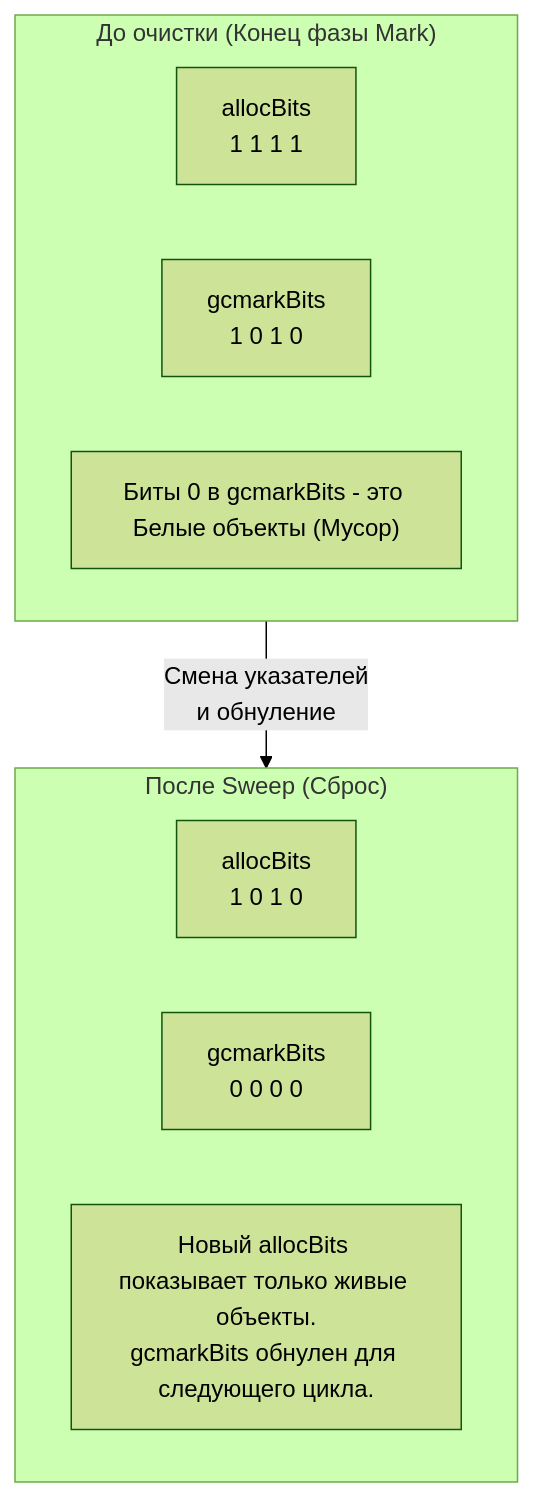
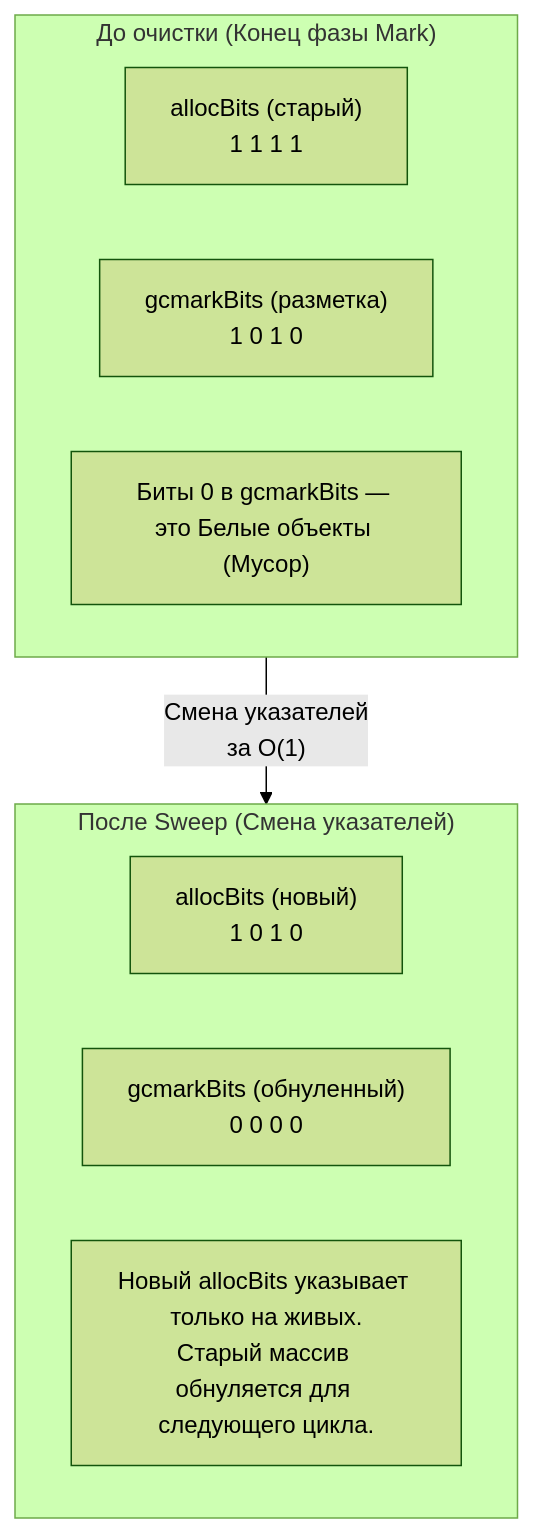
The second of 2 diagrams in sources/7. Глубокий Go (Внутреннее устройство)/25. Mark, Sweep и Tricolor GC.md (UnrealTemplier/go-textbook), drawn with Mermaid (forest theme) before and after one commit. The commit also changed other lines of this file, not shown here.

````diff
--- a/sources/7. Глубокий Go (Внутреннее устройство)/25. Mark, Sweep и Tricolor GC.md
+++ b/sources/7. Глубокий Go (Внутреннее устройство)/25. Mark, Sweep и Tricolor GC.md
@@ -80,16 +92,16 @@
 ```mermaid
 flowchart TD
     subgraph ДО_ОЧИСТКИ ["До очистки (Конец фазы Mark)"]
-        ALLOC_OLD["allocBits<br>1 1 1 1"]
-        MARK_OLD["gcmarkBits<br>1 0 1 0"]
-        NOTE1["Биты 0 в gcmarkBits - это Белые объекты (Мусор)"]
+        ALLOC_OLD["allocBits (старый)<br>1 1 1 1"]
+        MARK_OLD["gcmarkBits (разметка)<br>1 0 1 0"]
+        NOTE1["Биты 0 в gcmarkBits — это Белые объекты (Мусор)"]
     end
     
-    subgraph ПОСЛЕ_ОЧИСТКИ ["После Sweep (Сброс)"]
-        ALLOC_NEW["allocBits<br>1 0 1 0"]
-        MARK_NEW["gcmarkBits<br>0 0 0 0"]
-        NOTE2["Новый allocBits показывает только живые объекты.<br>gcmarkBits обнулен для следующего цикла."]
+    subgraph ПОСЛЕ_ОЧИСТКИ ["После Sweep (Смена указателей)"]
+        ALLOC_NEW["allocBits (новый)<br>1 0 1 0"]
+        MARK_NEW["gcmarkBits (обнуленный)<br>0 0 0 0"]
+        NOTE2["Новый allocBits указывает только на живых.<br>Старый массив обнуляется для следующего цикла."]
     end
     
-    ДО_ОЧИСТКИ -->|"Смена указателей<br>и обнуление"| ПОСЛЕ_ОЧИСТКИ
+    ДО_ОЧИСТКИ -->|"Смена указателей<br>за O(1)"| ПОСЛЕ_ОЧИСТКИ
 ```
````
